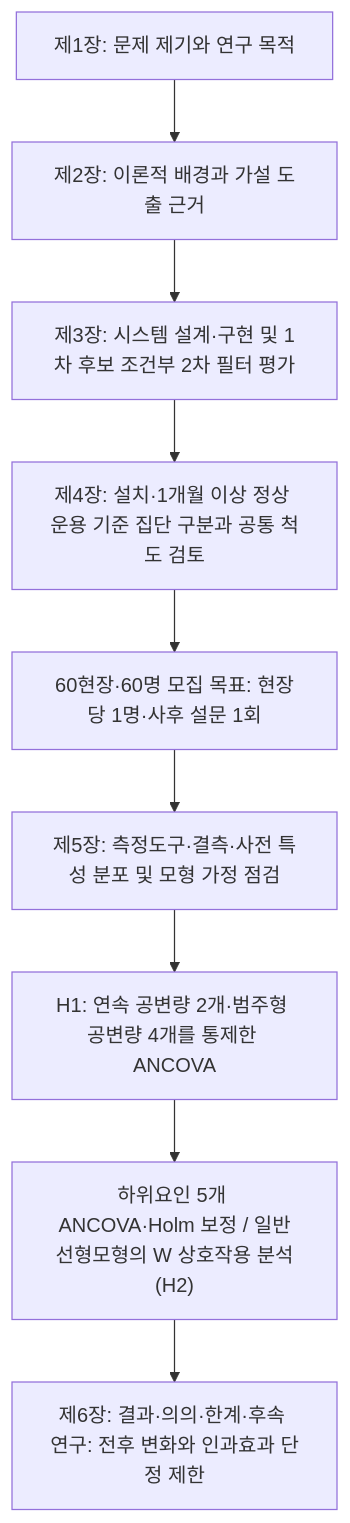
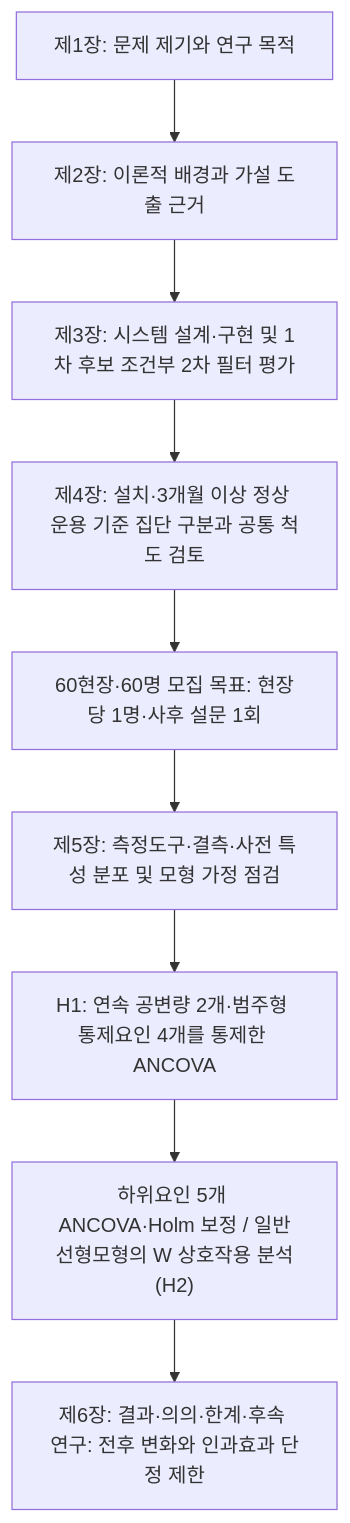
One commit to yoonhyuk12/ggthesis changed the diagram in 01.docs/01_서론.md. Above: the diagram before and after it, drawn with Mermaid. The commit also changed other lines of this file and 47 other files, not shown here.

````diff
--- a/01.docs/01_서론.md
+++ b/01.docs/01_서론.md
@@ -80,11 +80,11 @@
 ```mermaid
 flowchart TD
   A1["제1장: 문제 제기와 연구 목적"] --> A2["제2장: 이론적 배경과 가설 도출 근거"]
   A2 --> B["제3장: 시스템 설계·구현 및 1차 후보 조건부 2차 필터 평가"]
-  B --> C["제4장: 설치·1개월 이상 정상 운용 기준 집단 구분과 공통 척도 검토"]
+  B --> C["제4장: 설치·3개월 이상 정상 운용 기준 집단 구분과 공통 척도 검토"]
   C --> D["60현장·60명 모집 목표: 현장당 1명·사후 설문 1회"]
   D --> E["제5장: 측정도구·결측·사전 특성 분포 및 모형 가정 점검"]
-  E --> F["H1: 연속 공변량 2개·범주형 공변량 4개를 통제한 ANCOVA"]
+  E --> F["H1: 연속 공변량 2개·범주형 통제요인 4개를 통제한 ANCOVA"]
   F --> G["하위요인 5개 ANCOVA·Holm 보정 / 일반선형모형의 W 상호작용 분석(H2)"]
   G --> H["제6장: 결과·의의·한계·후속 연구: 전후 변화와 인과효과 단정 제한"]
 ```
````
